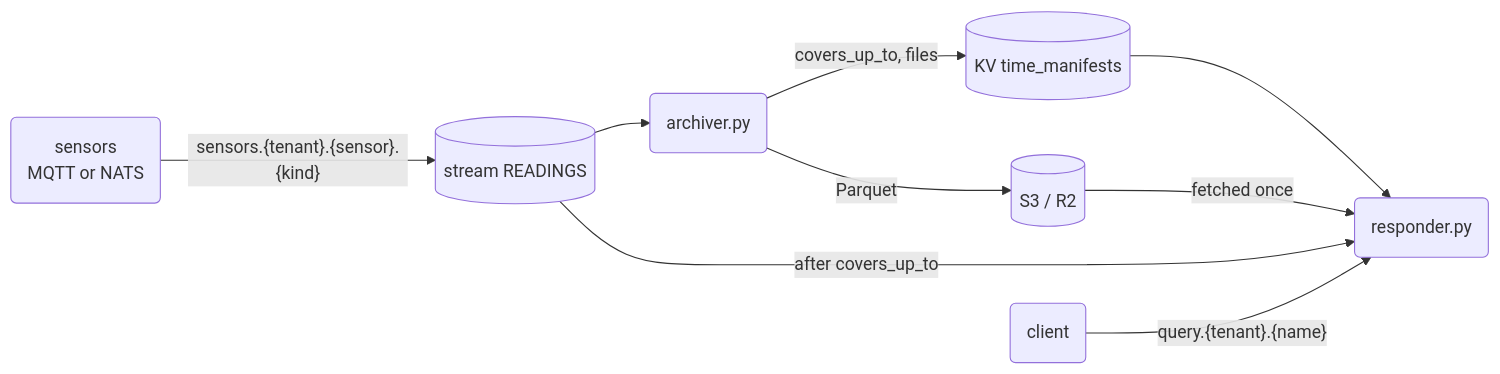
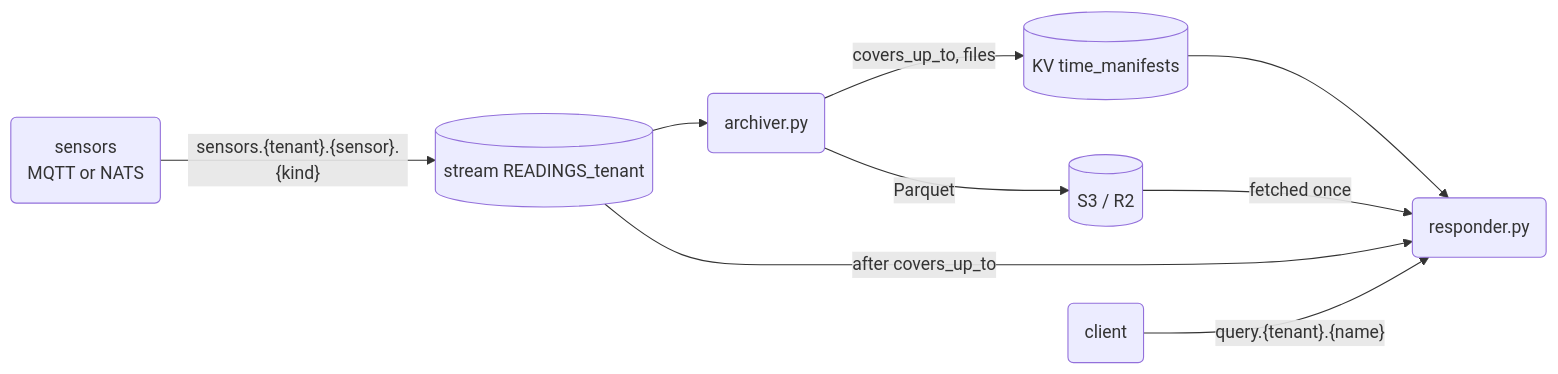
The diagram in examples/16-archive/README.md (ndrean/ZeBridge), drawn with Mermaid before and after one commit. The commit also changed other lines of this file and 5 other files, not shown here.

First line of the commit message:
Docs: the archiver and sensor roles, the readings streams and their settings

````diff
--- a/examples/16-archive/README.md
+++ b/examples/16-archive/README.md
@@ -7,11 +7,11 @@
 ```mermaid
 flowchart LR
-    S(sensors<br>MQTT or NATS) -->|"sensors.{tenant}.{sensor}.{kind}"| R[(stream READINGS)]
+    S(sensors<br>MQTT or NATS) -->|"sensors.{tenant}.{sensor}.{kind}"| R[(stream READINGS_tenant)]
     R --> A(archiver.py)
     A -->|Parquet| B[(S3 / R2)]
     A -->|"covers_up_to, files"| M[(KV time_manifests)]
     M --> Q(responder.py)
     B -->|fetched once| Q
     R -->|after covers_up_to| Q
     C(client) -->|"query.{tenant}.{name}"| Q
 ```
````
